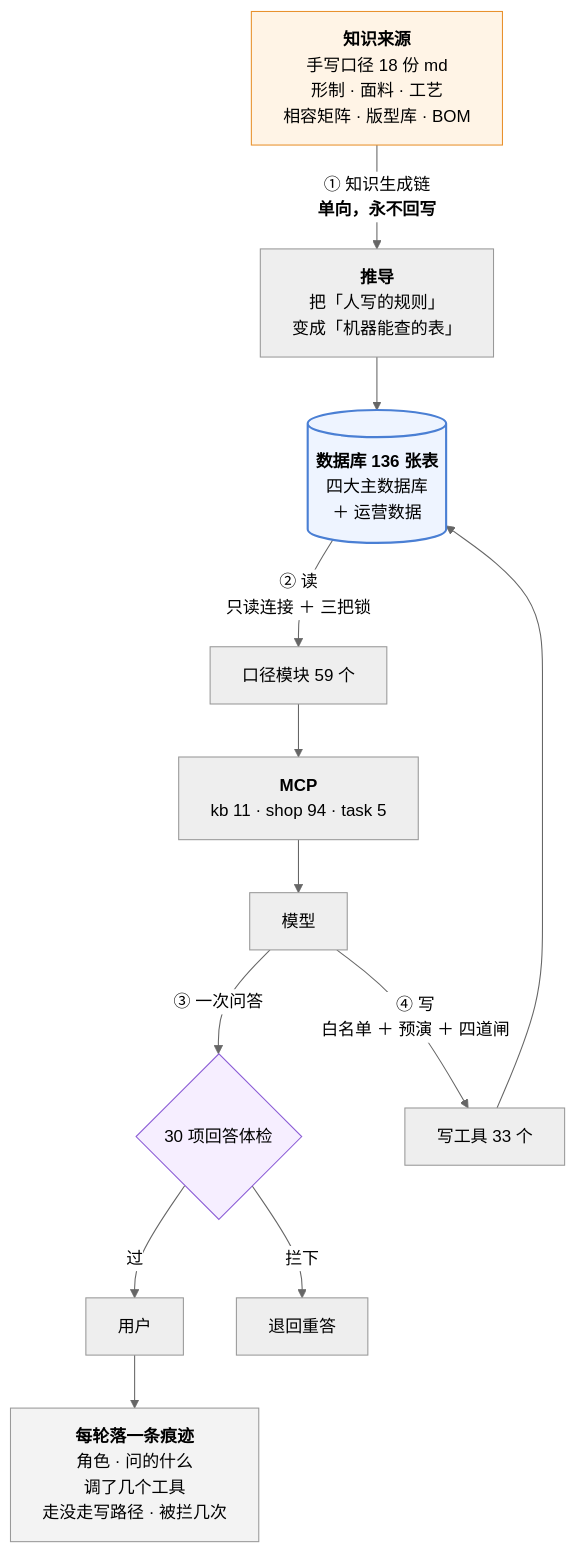
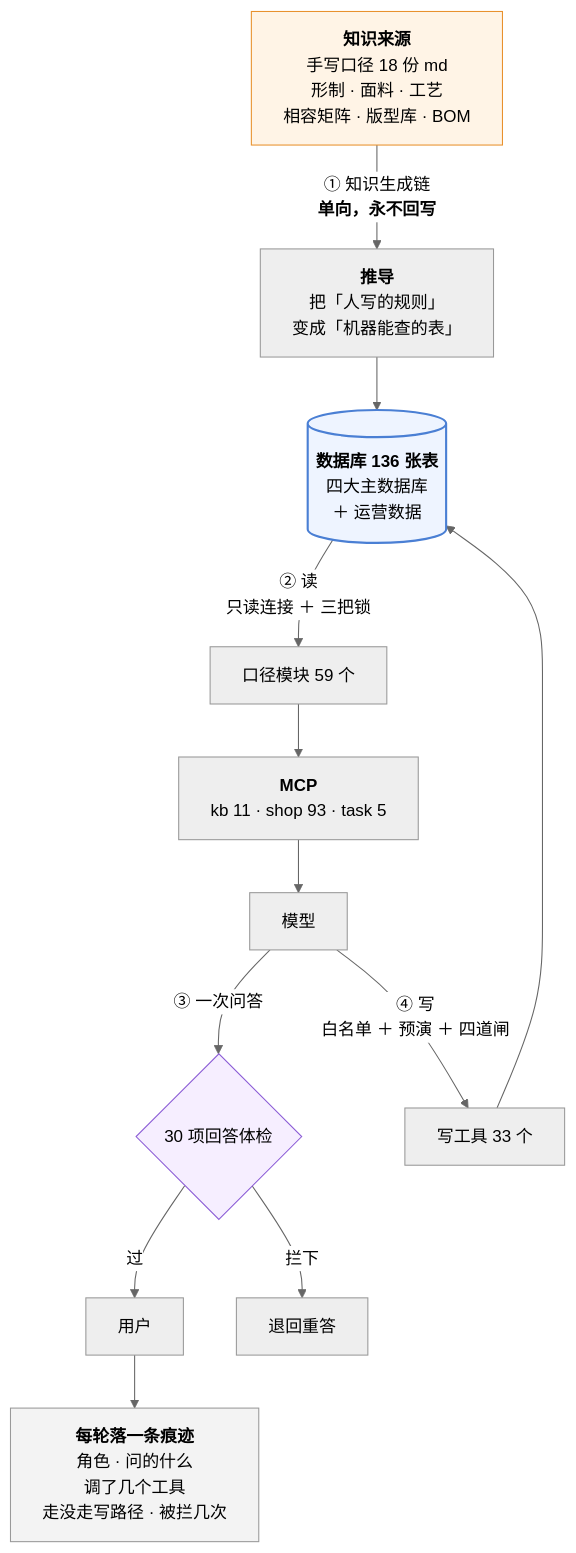
The third of 3 diagrams in 澜绣云裳agent-产品说明.md (843773296-rgb/lanxiu-yunshang-agent), drawn with Mermaid (neutral theme) before and after one commit. The commit also changed other lines of this file and 12 other files, not shown here.

````diff
--- a/澜绣云裳agent-产品说明.md
+++ b/澜绣云裳agent-产品说明.md
@@ -1154,24 +1153,24 @@
 ```mermaid
 flowchart TD
     MD["<b>知识来源</b><br/>手写口径 18 份 md<br/>形制 · 面料 · 工艺<br/>相容矩阵 · 版型库 · BOM"]
     MD -->|"① 知识生成链<br/><b>单向，永不回写</b>"| DV["<b>推导</b><br/>把「人写的规则」<br/>变成「机器能查的表」"]
     DV --> DB[("<b>数据库 136 张表</b><br/>四大主数据库<br/>＋ 运营数据")]
 
     DB -->|"② 读<br/>只读连接 ＋ 三把锁"| KJ["口径模块 59 个"]
-    KJ --> MCP["<b>MCP</b><br/>kb 11 · shop 94 · task 5"]
+    KJ --> MCP["<b>MCP</b><br/>kb 11 · shop 93 · task 5"]
     MCP --> LLM["模型"]
 
     LLM -->|"③ 一次问答"| GD{"30 项回答体检"}
     GD -- 过 --> U["用户"]
     GD -- 拦下 --> RE["退回重答"]
 
     LLM -->|"④ 写<br/>白名单 ＋ 预演 ＋ 四道闸"| W["写工具 33 个"]
     W --> DB
 
     U --> TR["<b>每轮落一条痕迹</b><br/>角色 · 问的什么<br/>调了几个工具<br/>走没走写路径 · 被拦几次"]
 
     style MD fill:#fff4e6,stroke:#e8912d
     style DB fill:#eef4ff,stroke:#4a7fd4,stroke-width:2px
     style GD fill:#f6eeff,stroke:#8b5cd6
     style TR fill:#f3f3f3,stroke:#999
 ```
````
